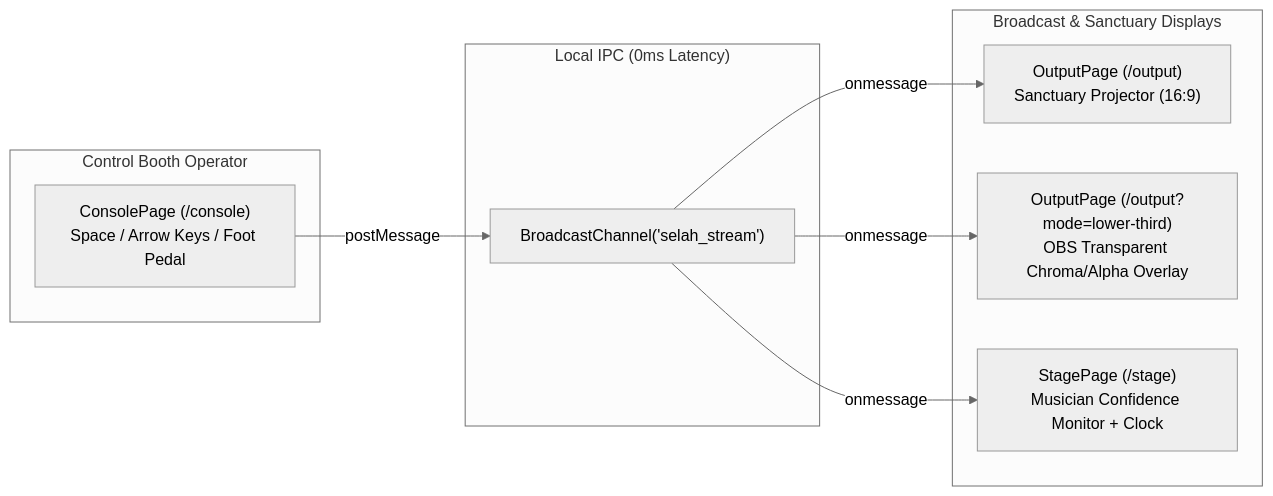
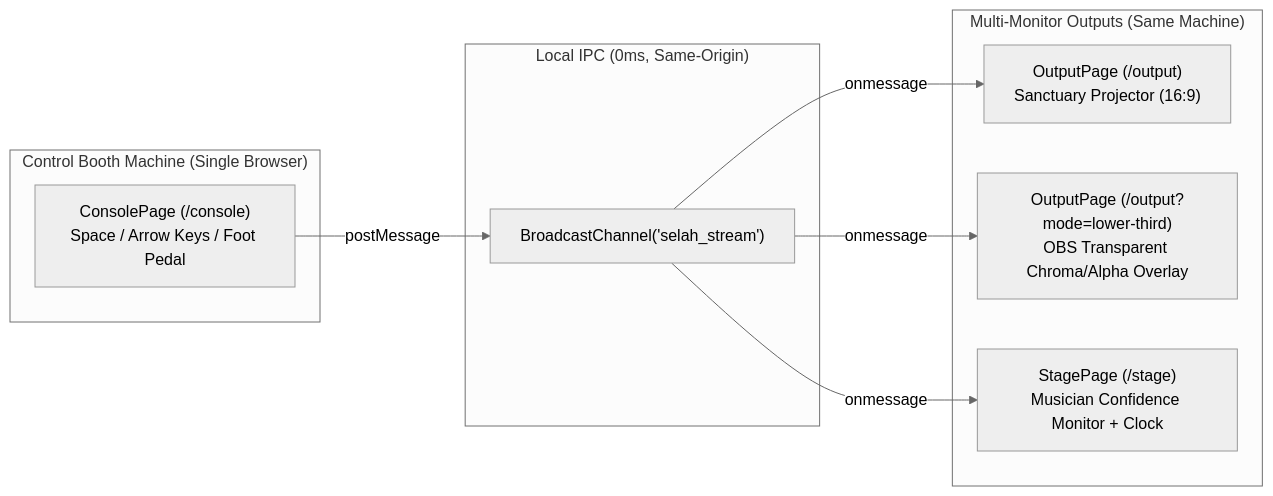
The fourth of 5 diagrams in ARCHITECTURE.md (N-45div/Selah), drawn with Mermaid (neutral theme) before and after one commit. The commit also changed other lines of this file and 1 other file, not shown here.

Commit message:
docs: document GEMINI_API_KEYS pool in .env.example and clarify BroadcastChannel scope in ARCHITECTURE.md

````diff
--- a/ARCHITECTURE.md
+++ b/ARCHITECTURE.md
@@ -122,21 +124,21 @@
 ```mermaid
 graph LR
-    subgraph "Control Booth Operator"
+    subgraph "Control Booth Machine (Single Browser)"
         Console["ConsolePage (/console)<br/>Space / Arrow Keys / Foot Pedal"]
     end
 
-    subgraph "Local IPC (0ms Latency)"
+    subgraph "Local IPC (0ms, Same-Origin)"
         BC["BroadcastChannel('selah_stream')"]
     end
 
-    subgraph "Broadcast & Sanctuary Displays"
+    subgraph "Multi-Monitor Outputs (Same Machine)"
         OBS_Full["OutputPage (/output)<br/>Sanctuary Projector (16:9)"]
         OBS_Lower["OutputPage (/output?mode=lower-third)<br/>OBS Transparent Chroma/Alpha Overlay"]
         Stage_HUD["StagePage (/stage)<br/>Musician Confidence Monitor + Clock"]
     end
 
     Console -->|postMessage| BC
     BC -->|onmessage| OBS_Full
     BC -->|onmessage| OBS_Lower
     BC -->|onmessage| Stage_HUD
 ```
````
